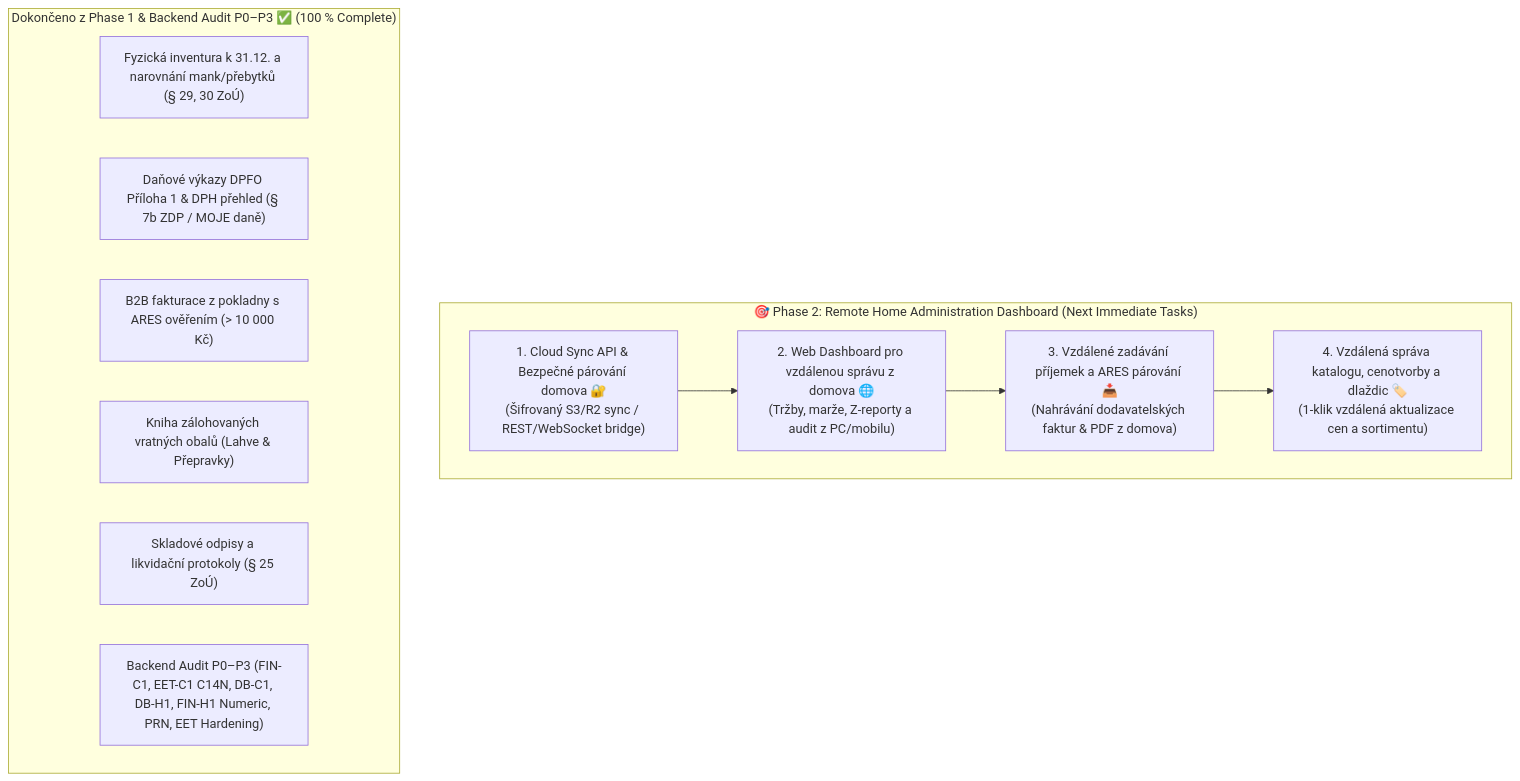
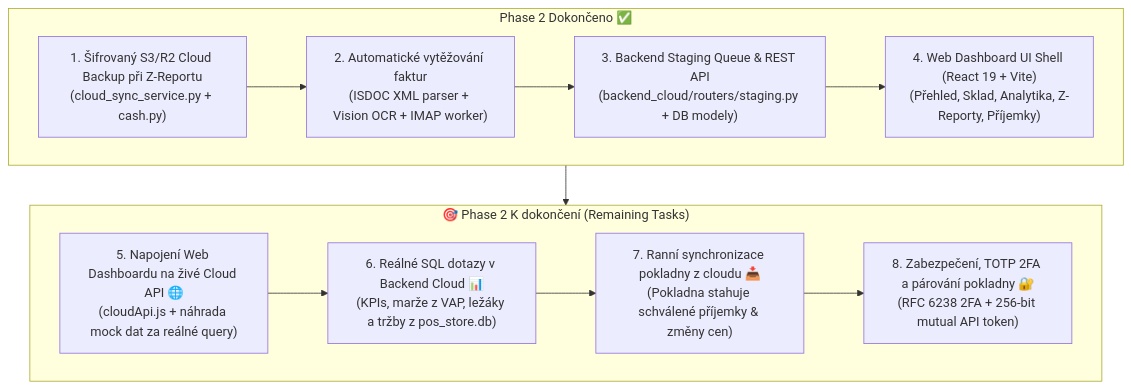
One commit to MichalKhoa/pos-project changed the first of 2 diagrams in docs/ROADMAP.md. Above: the diagram before and after it, drawn with Mermaid. The commit also changed other lines of this file and 28 other files, not shown here.

````diff
--- a/docs/ROADMAP.md
+++ b/docs/ROADMAP.md
@@ -15,19 +15,20 @@
 ```mermaid
 graph TD
-    subgraph P2["🎯 Phase 2: Remote Home Administration Dashboard (Next Immediate Tasks)"]
-        T1["1. Cloud Sync API & Bezpečné párování domova 🔐<br/>(Šifrovaný S3/R2 sync / REST/WebSocket bridge)"]
-        T2["2. Web Dashboard pro vzdálenou správu z domova 🌐<br/>(Tržby, marže, Z-reporty a audit z PC/mobilu)"]
-        T3["3. Vzdálené zadávání příjemek a ARES párování 📥<br/>(Nahrávání dodavatelských faktur & PDF z domova)"]
-        T4["4. Vzdálená správa katalogu, cenotvorby a dlaždic 🏷️<br/>(1-klik vzdálená aktualizace cen a sortimentu)"]
+    subgraph P2Done["Phase 2 Dokončeno ✅"]
+        D_CS["1. Šifrovaný S3/R2 Cloud Backup při Z-Reportu<br/>(cloud_sync_service.py + cash.py)"]
+        D_ISDOC["2. Automatické vytěžování faktur<br/>(ISDOC XML parser + Vision OCR + IMAP worker)"]
+        D_QUEUE["3. Backend Staging Queue & REST API<br/>(backend_cloud/routers/staging.py + DB modely)"]
+        D_UI["4. Web Dashboard UI Shell (React 19 + Vite)<br/>(Přehled, Sklad, Analytika, Z-Reporty, Příjemky)"]
+        D_CS --> D_ISDOC --> D_QUEUE --> D_UI
+    end
+
+    subgraph P2Rem["🎯 Phase 2 K dokončení (Remaining Tasks)"]
+        T1["5. Napojení Web Dashboardu na živé Cloud API 🌐<br/>(cloudApi.js + náhrada mock dat za reálné query)"]
+        T2["6. Reálné SQL dotazy v Backend Cloud 📊<br/>(KPIs, marže z VAP, ležáky a tržby z pos_store.db)"]
+        T3["7. Ranní synchronizace pokladny z cloudu 📥<br/>(Pokladna stahuje schválené příjemky & změny cen)"]
+        T4["8. Zabezpečení, TOTP 2FA a párování pokladny 🔐<br/>(RFC 6238 2FA + 256-bit mutual API token)"]
         T1 --> T2 --> T3 --> T4
     end
 
-    subgraph Done["Dokončeno z Phase 1 & Backend Audit P0–P3 ✅ (100 % Complete)"]
-        D1["Fyzická inventura k 31.12. a narovnání mank/přebytků (§ 29, 30 ZoÚ)"]
-        D2["Daňové výkazy DPFO Příloha 1 & DPH přehled (§ 7b ZDP / MOJE daně)"]
-        D3["B2B fakturace z pokladny s ARES ověřením (> 10 000 Kč)"]
-        D4["Kniha zálohovaných vratných obalů (Lahve & Přepravky)"]
-        D5["Skladové odpisy a likvidační protokoly (§ 25 ZoÚ)"]
-        D6["Backend Audit P0–P3 (FIN-C1, EET-C1 C14N, DB-C1, DB-H1, FIN-H1 Numeric, PRN, EET Hardening)"]
-    end
+    P2Done --> P2Rem
 ```
````
